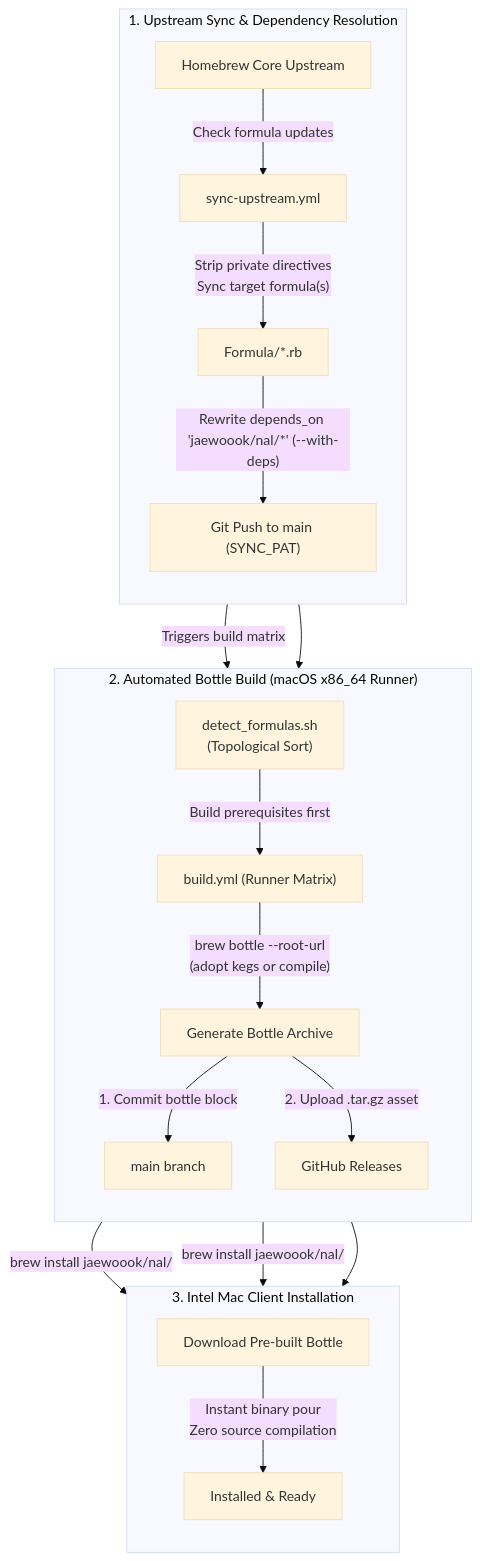
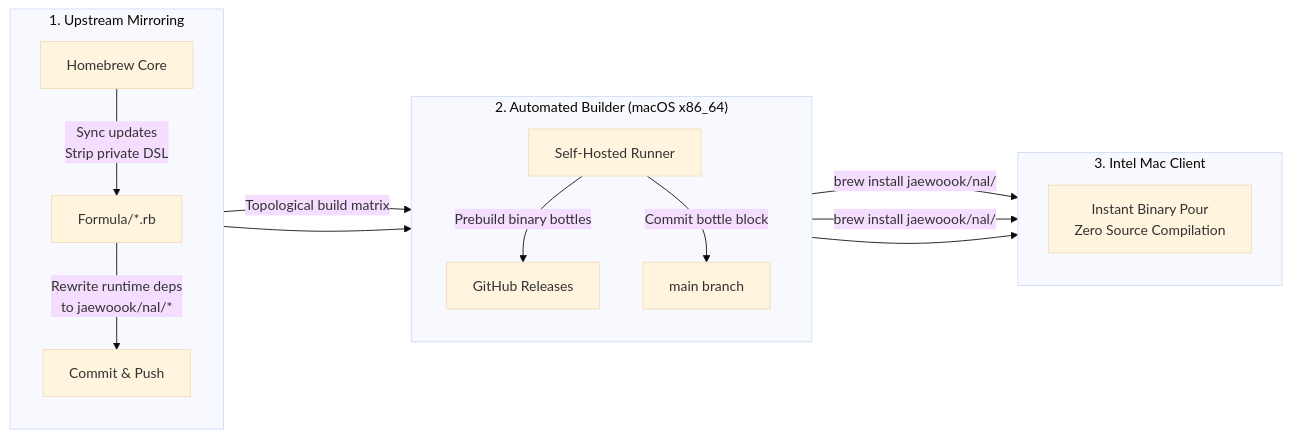
One commit to Jaewoook/homebrew-nal changed the diagram in README.md. Above: the diagram before and after it, drawn with Mermaid (base theme). The commit also changed other lines of this file and 2 other files, not shown here.

Commit message:
Restructure documentation into dedicated user, host setup, and architecture guides

````diff
--- a/README.md
+++ b/README.md
@@ -74,26 +99,22 @@
 ```mermaid
-flowchart TD
-    subgraph S1 ["1. Upstream Sync & Dependency Resolution"]
+flowchart LR
+    subgraph Upstream ["1. Upstream Mirroring"]
         direction TB
-        A["Homebrew Core Upstream"] -->|"Check formula updates"| B["sync-upstream.yml"]
-        B -->|"Strip private directives\nSync target formula(s)"| C["Formula/*.rb"]
-        C -->|"Rewrite depends_on 'jaewoook/nal/*' (--with-deps)"| D["Git Push to main (SYNC_PAT)"]
+        A["Homebrew Core"] -->|"Sync updates\nStrip private DSL"| B["Formula/*.rb"]
+        B -->|"Rewrite runtime deps\nto jaewoook/nal/*"| C["Commit & Push"]
     end
 
-    subgraph S2 ["2. Automated Bottle Build (macOS x86_64 Runner)"]
+    subgraph Builder ["2. Automated Builder (macOS x86_64)"]
         direction TB
-        D -->|"Triggers build matrix"| E["detect_formulas.sh\n(Topological Sort)"]
-        E -->|"Build prerequisites first"| F["build.yml (Runner Matrix)"]
-        F -->|"brew bottle --root-url\n(adopt kegs or compile)"| G["Generate Bottle Archive"]
-        G -->|"1. Commit bottle block"| H["main branch"]
-        G -->|"2. Upload .tar.gz asset"| I["GitHub Releases"]
+        C -->|"Topological build matrix"| D["Self-Hosted Runner"]
+        D -->|"Prebuild binary bottles"| E["GitHub Releases"]
+        D -->|"Commit bottle block"| F["main branch"]
     end
 
-    subgraph S3 ["3. Intel Mac Client Installation"]
+    subgraph Client ["3. Intel Mac Client"]
         direction TB
-        H & I -->|"brew install jaewoook/nal/<formula>"| J["Download Pre-built Bottle"]
-        J -->|"Instant binary pour\nZero source compilation"| K["Installed & Ready"]
+        E & F -->|"brew install jaewoook/nal/<formula>"| G["Instant Binary Pour\nZero Source Compilation"]
     end
 
-    S1 --> S2 --> S3
+    Upstream --> Builder --> Client
 ```
````
